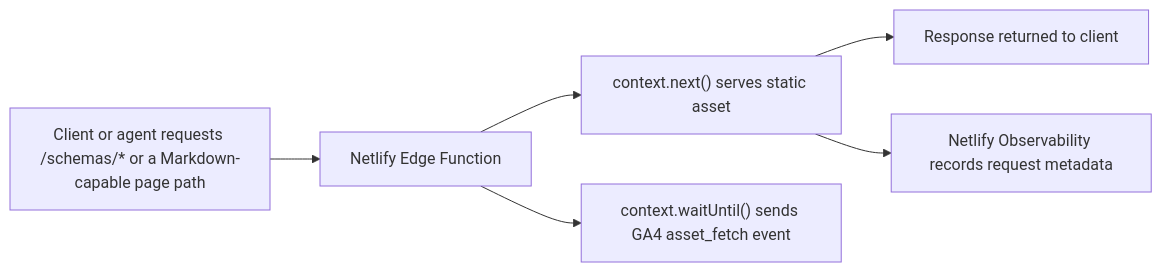
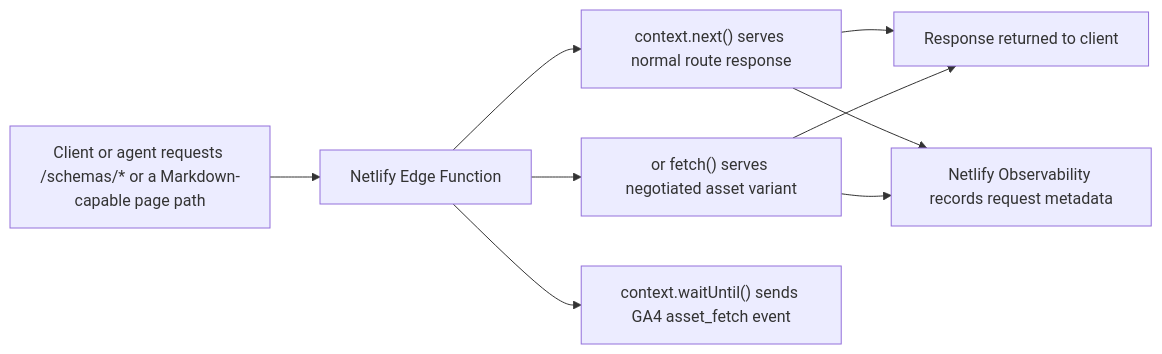
Before and after one commit to open-telemetry/opentelemetry.io: the diagram in projects/2026/asset-fetch-analytics.plan.md, drawn with Mermaid. The commit also changed other lines of this file and 9 other files, not shown here.

````diff
--- a/projects/2026/asset-fetch-analytics.plan.md
+++ b/projects/2026/asset-fetch-analytics.plan.md
@@ -96,8 +98,11 @@
 ```mermaid
 flowchart LR
   A["Client or agent requests /schemas/* or a Markdown-capable page path"] --> B["Netlify Edge Function"]
-  B --> C["context.next() serves static asset"]
-  C --> D["Response returned to client"]
-  B --> E["context.waitUntil() sends GA4 asset_fetch event"]
-  C --> F["Netlify Observability records request metadata"]
+  B --> C["context.next() serves normal route response"]
+  B --> D["or fetch() serves negotiated asset variant"]
+  C --> E["Response returned to client"]
+  D --> E
+  B --> F["context.waitUntil() sends GA4 asset_fetch event"]
+  C --> G["Netlify Observability records request metadata"]
+  D --> G
 ```
````
